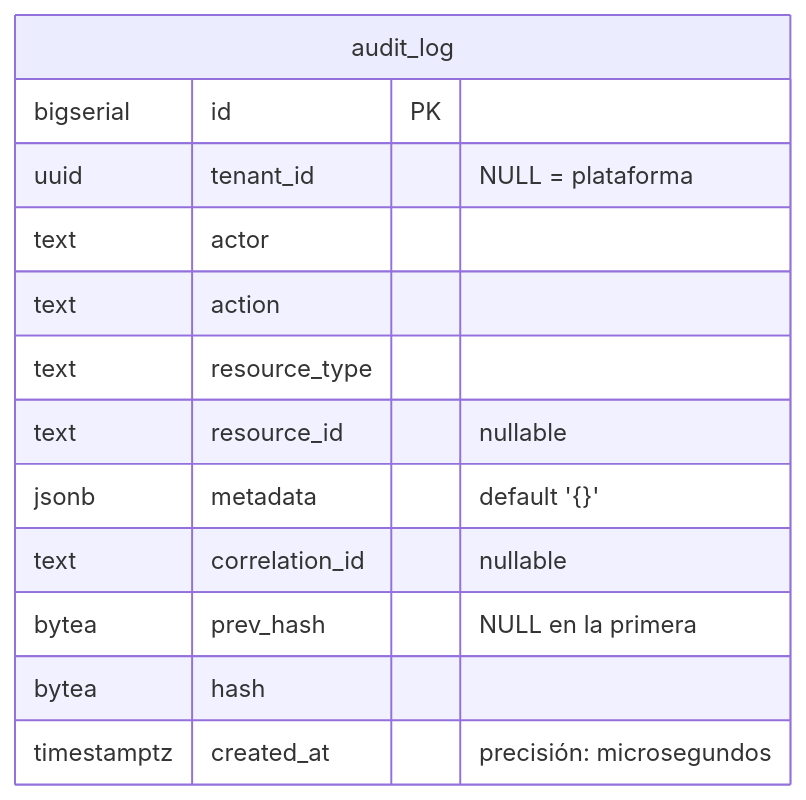
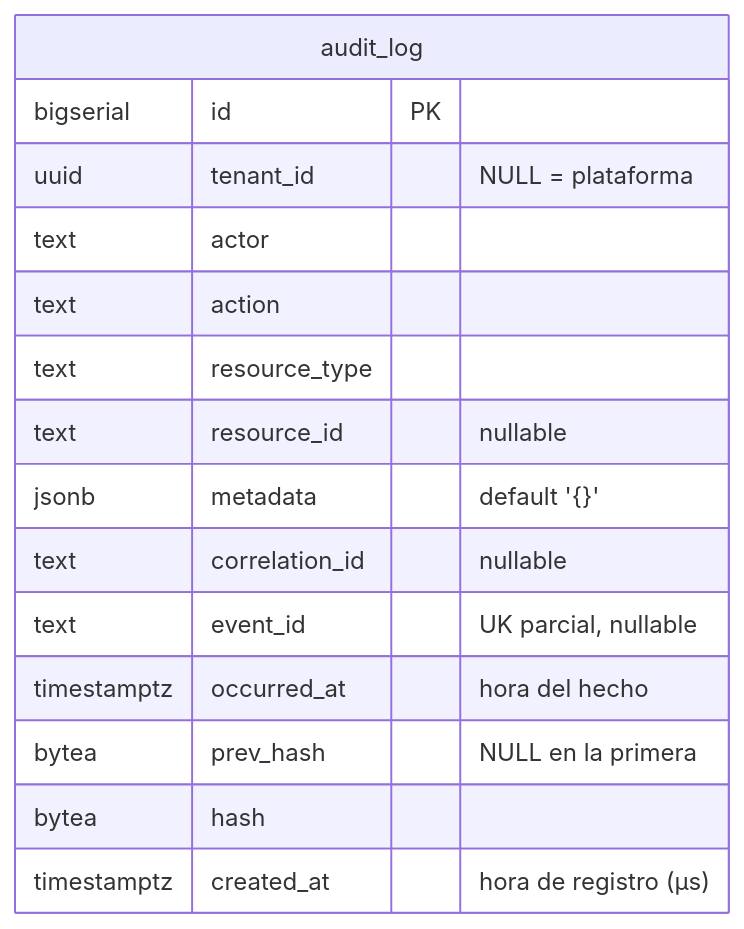
One commit to juantevez/cobros-platform changed the second of 2 diagrams in docs/technical/AUDIT.md. Above: the diagram before and after it, drawn with Mermaid. The commit also changed other lines of this file and 20 other files, not shown here.

First line of the commit message:
audit: idempotencia por evento, eventos nunca descartados y hora del hecho

````diff
--- a/docs/technical/AUDIT.md
+++ b/docs/technical/AUDIT.md
@@ -361,16 +380,18 @@
 ```mermaid
 erDiagram
     audit_log {
         bigserial id PK
         uuid tenant_id "NULL = plataforma"
         text actor
         text action
         text resource_type
         text resource_id "nullable"
         jsonb metadata "default '{}'"
         text correlation_id "nullable"
+        text event_id "UK parcial, nullable"
+        timestamptz occurred_at "hora del hecho"
         bytea prev_hash "NULL en la primera"
         bytea hash
-        timestamptz created_at "precisión: microsegundos"
+        timestamptz created_at "hora de registro (µs)"
     }
 ```
````
